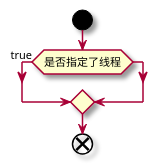
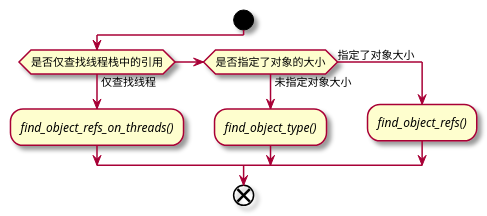
One commit to mingleeShade/MyPlantUML changed the diagram in src/code_analyzer/ref_command.puml. Above: the diagram before and after it, drawn with PlantUML. The commit also changed 4 other files, not shown here.

```diff
--- a/src/code_analyzer/ref_command.puml
+++ b/src/code_analyzer/ref_command.puml
@@ -1,7 +1,12 @@
 @startuml ref_command
 skin rose
 start
-if (是否指定了线程) then (true)
+if (是否仅查找线程栈中的引用) then (仅查找线程)
+://find_object_refs_on_threads()//;
+elseif (是否指定了对象的大小) then (未指定对象大小)
+://find_object_type()//;
+else (指定了对象大小)
+://find_object_refs()//;
 endif
 end
 @enduml
```
